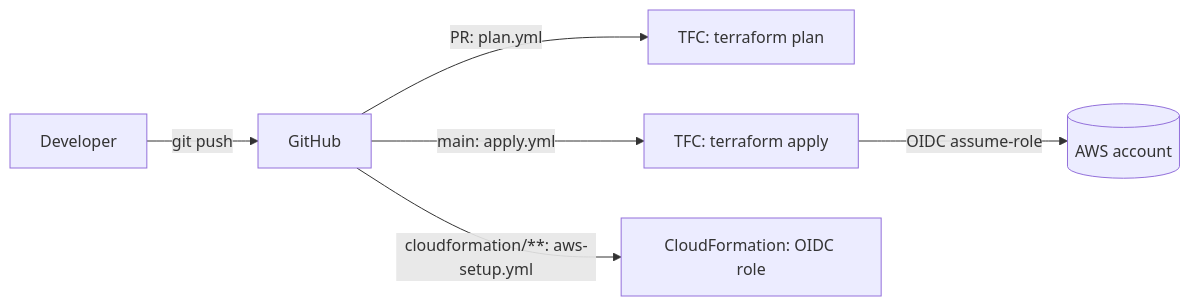
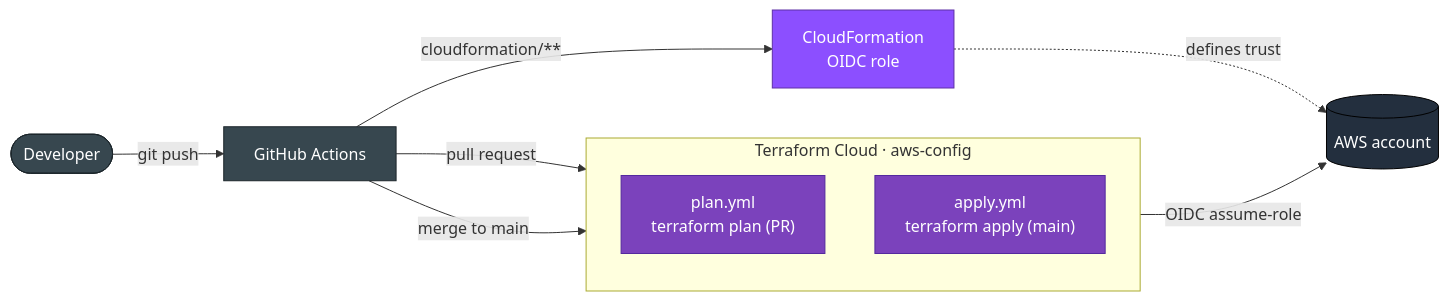
Before and after one commit to brignano/aws: the third of 3 diagrams in docs/architecture.md, drawn with Mermaid. The commit also changed other lines of this file, not shown here.

First line of the commit message:
docs: style architecture diagrams with AWS service colors

````diff
--- a/docs/architecture.md
+++ b/docs/architecture.md
@@ -136,8 +146,26 @@
 ```mermaid
-graph LR
-    Dev[Developer] -->|git push| GH[GitHub]
-    GH -->|PR: plan.yml| TFCp[TFC: terraform plan]
-    GH -->|main: apply.yml| TFCa[TFC: terraform apply]
-    GH -->|cloudformation/**: aws-setup.yml| CFN[CloudFormation: OIDC role]
-    TFCa -->|OIDC assume-role| AWS[(AWS account)]
+flowchart LR
+    Dev([Developer]):::ext
+    GH["GitHub Actions"]:::ext
+
+    subgraph TFC["Terraform Cloud · aws-config"]
+        direction TB
+        Plan["plan.yml<br/>terraform plan (PR)"]:::tf
+        Apply["apply.yml<br/>terraform apply (main)"]:::tf
+    end
+
+    CFN["CloudFormation<br/>OIDC role"]:::dns
+    AWS[("AWS account")]:::aws
+
+    Dev -->|git push| GH
+    GH -->|pull request| Plan
+    GH -->|merge to main| Apply
+    GH -->|cloudformation/**| CFN
+    Apply -->|OIDC assume-role| AWS
+    CFN -.->|defines trust| AWS
+
+    classDef ext fill:#37474F,stroke:#1C262B,color:#fff
+    classDef tf fill:#7B42BC,stroke:#54299E,color:#fff
+    classDef dns fill:#8C4FFF,stroke:#5E30A6,color:#fff
+    classDef aws fill:#232F3E,stroke:#000000,color:#fff
 ```
````
